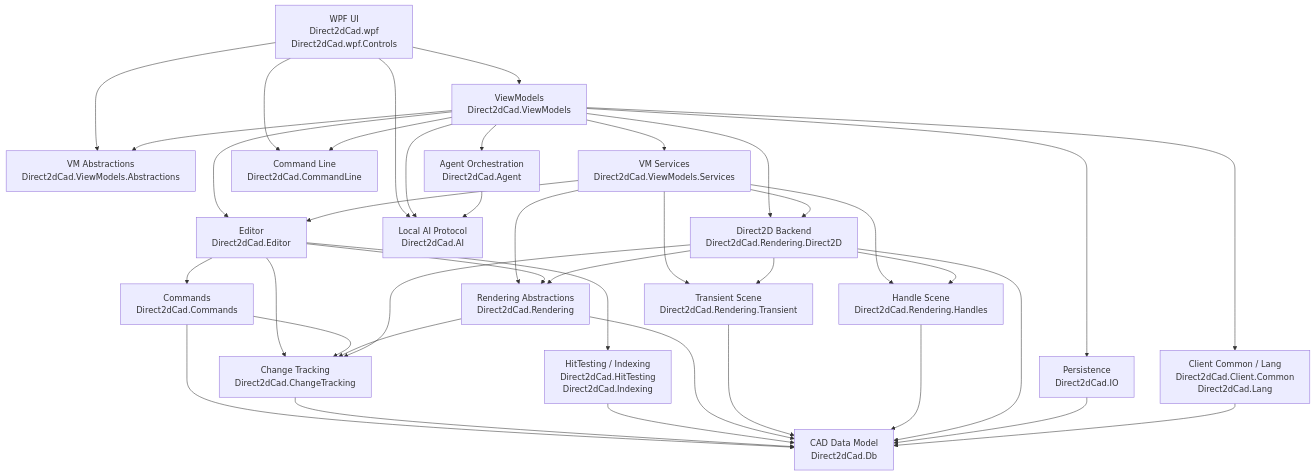
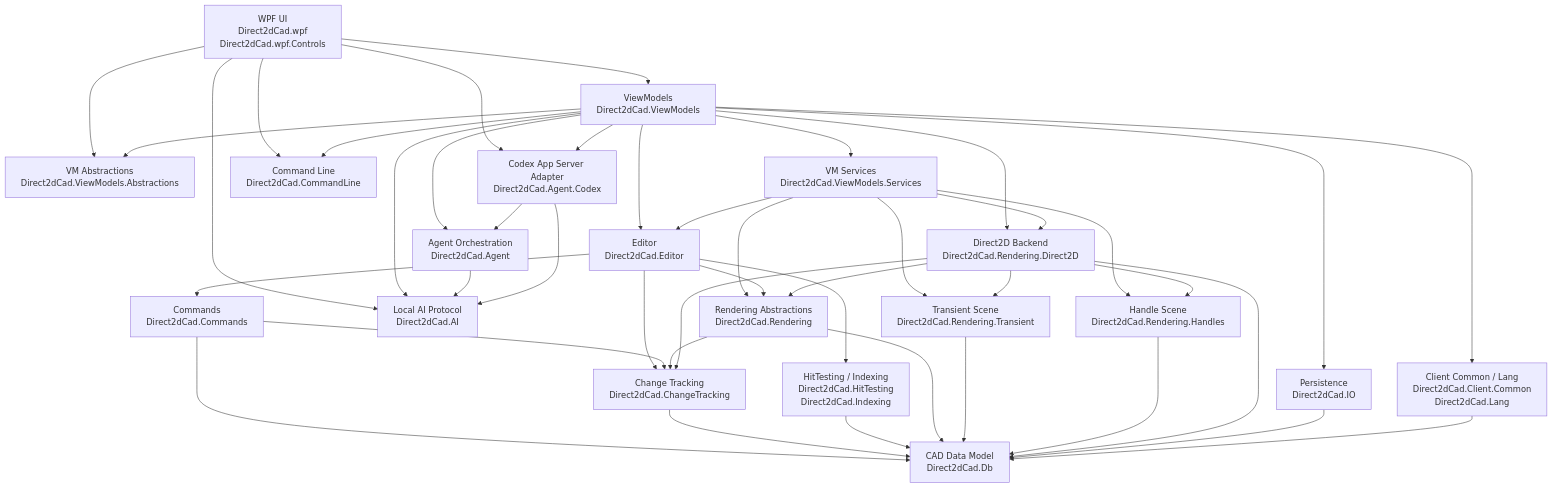
One commit to yoi102/Direct2dCad changed the diagram in README.md. Above: the diagram before and after it, drawn with Mermaid. The commit also changed other lines of this file and 24 other files, not shown here.

````diff
--- a/README.md
+++ b/README.md
@@ -72,60 +72,65 @@
 ```mermaid
 flowchart TD
     UI["WPF UI<br/>Direct2dCad.wpf<br/>Direct2dCad.wpf.Controls"]
     VMAbs["VM Abstractions<br/>Direct2dCad.ViewModels.Abstractions"]
     VMServices["VM Services<br/>Direct2dCad.ViewModels.Services"]
     VM["ViewModels<br/>Direct2dCad.ViewModels"]
     Client["Client Common / Lang<br/>Direct2dCad.Client.Common<br/>Direct2dCad.Lang"]
     Editor["Editor<br/>Direct2dCad.Editor"]
     Commands["Commands<br/>Direct2dCad.Commands"]
     CommandLine["Command Line<br/>Direct2dCad.CommandLine"]
     AI["Local AI Protocol<br/>Direct2dCad.AI"]
     Agent["Agent Orchestration<br/>Direct2dCad.Agent"]
+    Codex["Codex App Server Adapter<br/>Direct2dCad.Agent.Codex"]
     ChangeTracking["Change Tracking<br/>Direct2dCad.ChangeTracking"]
     Db["CAD Data Model<br/>Direct2dCad.Db"]
     Query["HitTesting / Indexing<br/>Direct2dCad.HitTesting<br/>Direct2dCad.Indexing"]
     Rendering["Rendering Abstractions<br/>Direct2dCad.Rendering"]
     Transient["Transient Scene<br/>Direct2dCad.Rendering.Transient"]
     Handles["Handle Scene<br/>Direct2dCad.Rendering.Handles"]
     Direct2D["Direct2D Backend<br/>Direct2dCad.Rendering.Direct2D"]
     IO["Persistence<br/>Direct2dCad.IO"]
 
     UI --> VM
     UI --> VMAbs
     UI --> CommandLine
     UI --> AI
+    UI --> Codex
     VM --> VMAbs
     VM --> CommandLine
     VM --> AI
     VM --> Agent
+    VM --> Codex
     VM --> VMServices
     VM --> Client
     VM --> Editor
     VM --> IO
     VM --> Direct2D
     VMServices --> Editor
     VMServices --> Rendering
     VMServices --> Direct2D
     VMServices --> Handles
     VMServices --> Transient
     Editor --> Commands
     Editor --> ChangeTracking
     Editor --> Query
     Editor --> Rendering
     Commands --> ChangeTracking
     Commands --> Db
     ChangeTracking --> Db
     Query --> Db
     Rendering --> ChangeTracking
     Rendering --> Db
     Transient --> Db
     Handles --> Db
     Direct2D --> Rendering
     Direct2D --> Handles
     Direct2D --> Transient
     Direct2D --> ChangeTracking
     Direct2D --> Db
     IO --> Db
     Client --> Db
     Agent --> AI
+    Codex --> Agent
+    Codex --> AI
 ```
````
